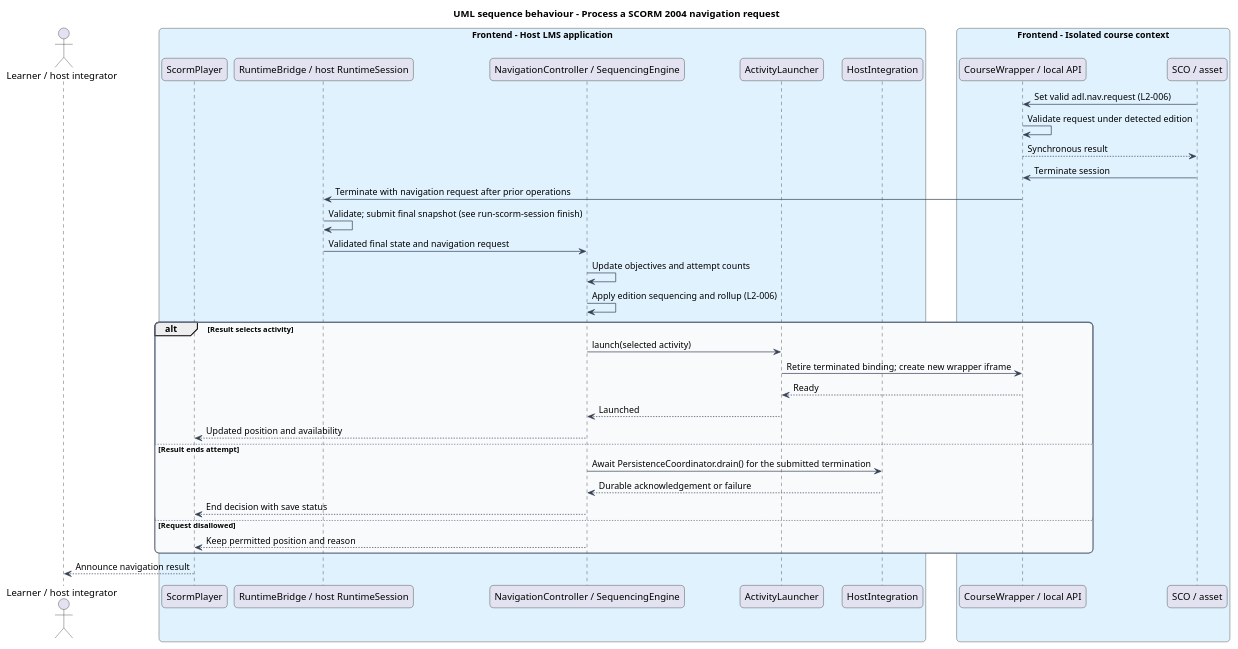
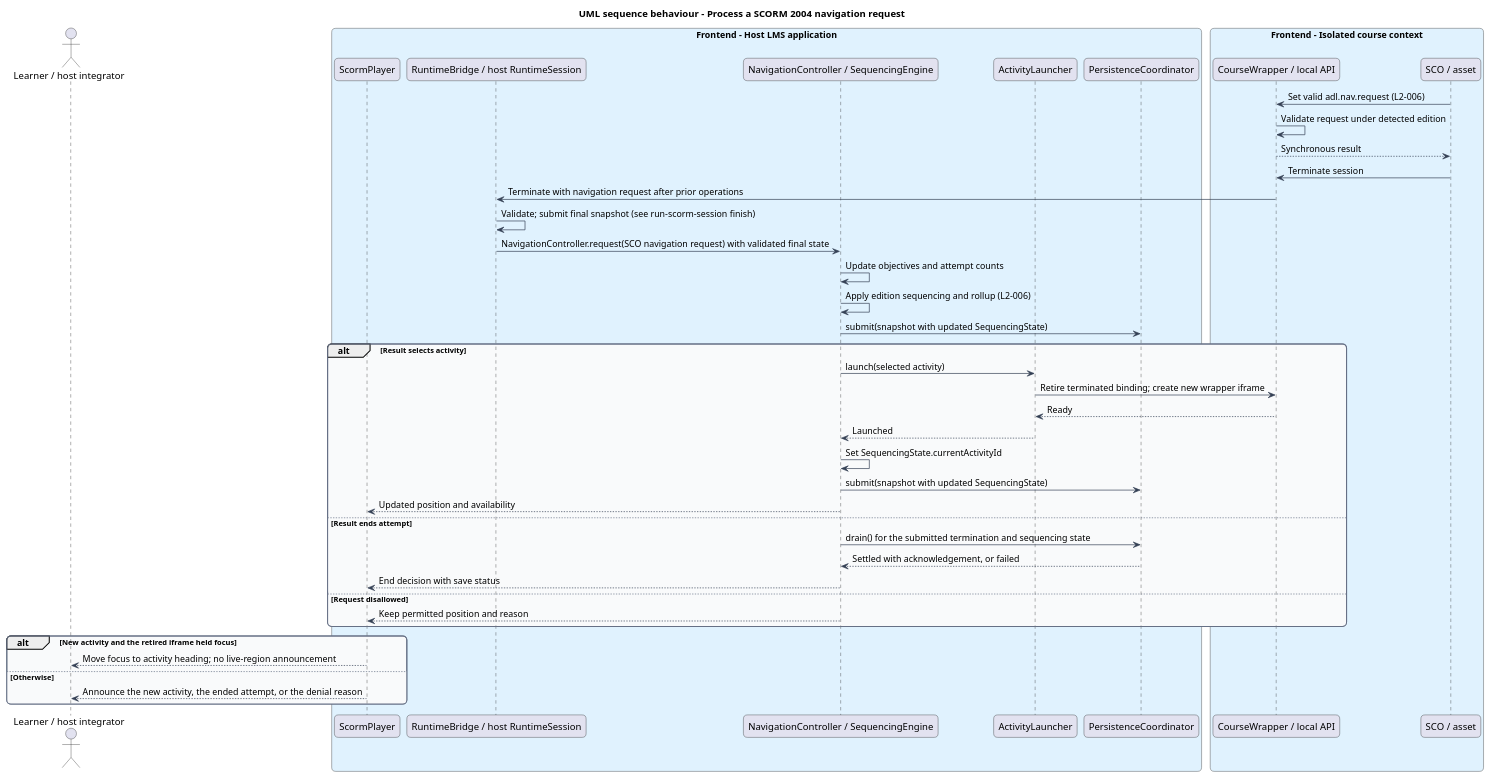
The diagram in docs/detailed-designs/scorm-player/navigate-course/diagrams/sequence-sco-request.puml (QuinntyneBrown/Tessera), drawn with PlantUML before and after one commit. The commit also changed 205 other files, not shown here.

```diff
--- a/docs/detailed-designs/scorm-player/navigate-course/diagrams/sequence-sco-request.puml
+++ b/docs/detailed-designs/scorm-player/navigate-course/diagrams/sequence-sco-request.puml
@@ -1,53 +1,60 @@
 @startuml
 title UML sequence behaviour - Process a SCORM 2004 navigation request
 skinparam backgroundColor #FFFFFF
 skinparam shadowing false
 skinparam roundcorner 12
 skinparam defaultFontName Arial
 skinparam ArrowColor #344054
 skinparam rectangle {
   BorderColor #344054
   FontColor #101828
 }
 skinparam package {
   BorderColor #667085
   FontColor #101828
   BackgroundColor #F9FAFB
 }
 actor "Learner / host integrator" as actor
 box "Frontend - Host LMS application" #E0F2FE
   participant "ScormPlayer" as shell
   participant "RuntimeBridge / host RuntimeSession" as bridge
   participant "NavigationController / SequencingEngine" as core
   participant "ActivityLauncher" as launcher
-  participant "HostIntegration" as host
+  participant "PersistenceCoordinator" as persist
 end box
 box "Frontend - Isolated course context" #E0F2FE
   participant "CourseWrapper / local API" as wrapper
   participant "SCO / asset" as sco
 end box
 
 sco -> wrapper : Set valid adl.nav.request (L2-006)
 wrapper -> wrapper : Validate request under detected edition
 wrapper --> sco : Synchronous result
 sco -> wrapper : Terminate session
 wrapper -> bridge : Terminate with navigation request after prior operations
 bridge -> bridge : Validate; submit final snapshot (see run-scorm-session finish)
-bridge -> core : Validated final state and navigation request
+bridge -> core : NavigationController.request(SCO navigation request) with validated final state
 core -> core : Update objectives and attempt counts
 core -> core : Apply edition sequencing and rollup (L2-006)
+core -> persist : submit(snapshot with updated SequencingState)
 alt Result selects activity
   core -> launcher : launch(selected activity)
   launcher -> wrapper : Retire terminated binding; create new wrapper iframe
   wrapper --> launcher : Ready
   launcher --> core : Launched
+  core -> core : Set SequencingState.currentActivityId
+  core -> persist : submit(snapshot with updated SequencingState)
   core --> shell : Updated position and availability
 else Result ends attempt
-  core -> host : Await PersistenceCoordinator.drain() for the submitted termination
-  host --> core : Durable acknowledgement or failure
+  core -> persist : drain() for the submitted termination and sequencing state
+  persist --> core : Settled with acknowledgement, or failed
   core --> shell : End decision with save status
 else Request disallowed
   core --> shell : Keep permitted position and reason
 end
-shell --> actor : Announce navigation result
+alt New activity and the retired iframe held focus
+  shell --> actor : Move focus to activity heading; no live-region announcement
+else Otherwise
+  shell --> actor : Announce the new activity, the ended attempt, or the denial reason
+end
 @enduml
```
